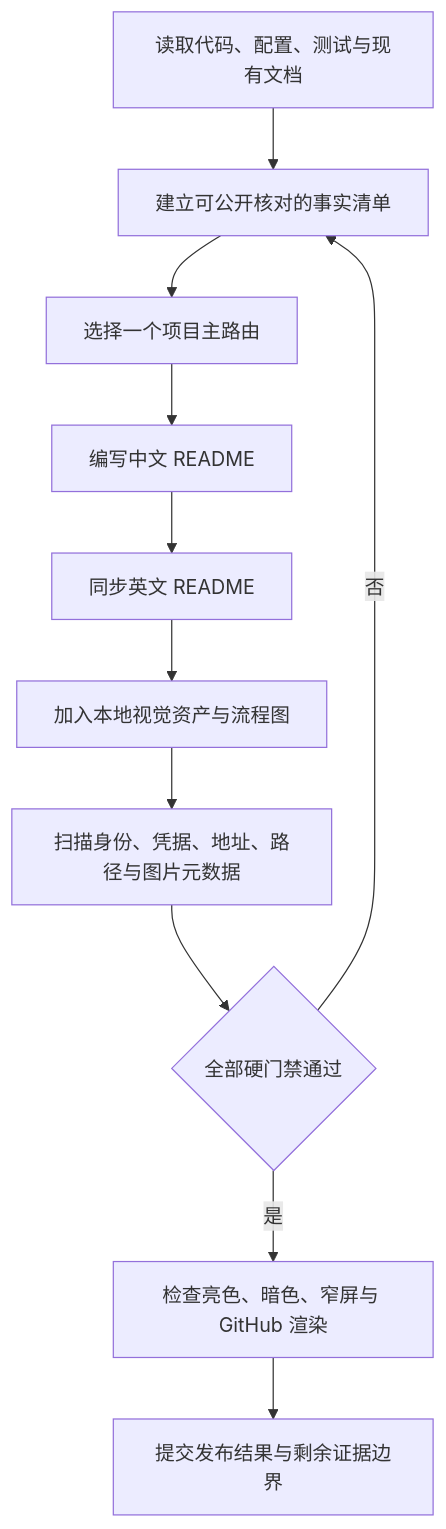
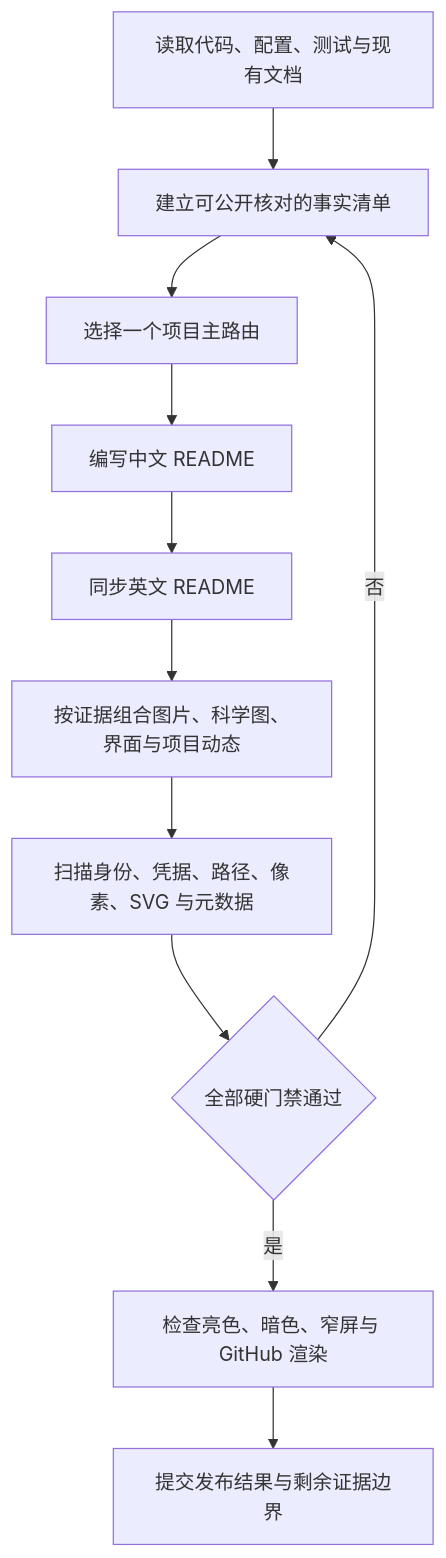
Before and after one commit to AIALRA-0/github-readme-standardizer: the diagram in README.md, drawn with Mermaid. The commit also changed other lines of this file and 23 other files, not shown here.

````diff
--- a/README.md
+++ b/README.md
@@ -90,14 +94,14 @@
 ```mermaid
 %% 流程从仓库事实开始，任何硬错误都会返回修订环节
 flowchart TD
     A[读取代码、配置、测试与现有文档] --> B[建立可公开核对的事实清单]
     B --> C[选择一个项目主路由]
     C --> D[编写中文 README]
     D --> E[同步英文 README]
-    E --> F[加入本地视觉资产与流程图]
-    F --> G[扫描身份、凭据、地址、路径与图片元数据]
+    E --> F[按证据组合图片、科学图、界面与项目动态]
+    F --> G[扫描身份、凭据、路径、像素、SVG 与元数据]
     G --> H{全部硬门禁通过}
     H -- 否 --> B
     H -- 是 --> I[检查亮色、暗色、窄屏与 GitHub 渲染]
     I --> J[提交发布结果与剩余证据边界]
 ```
````
